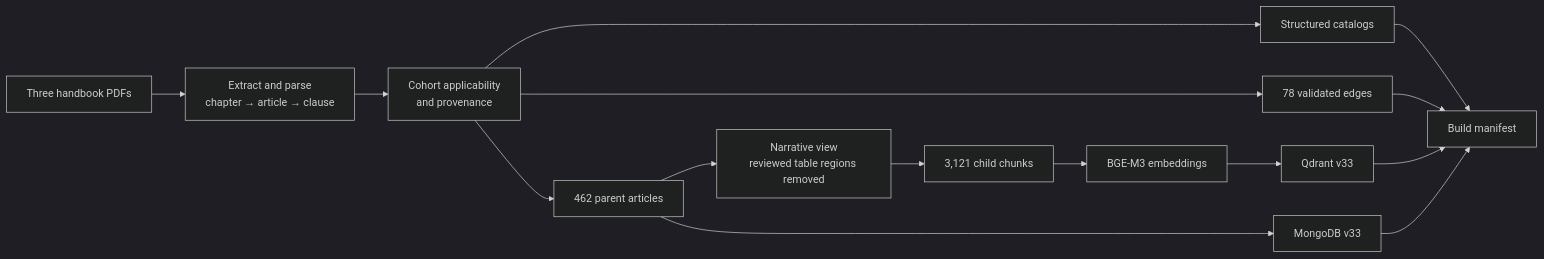
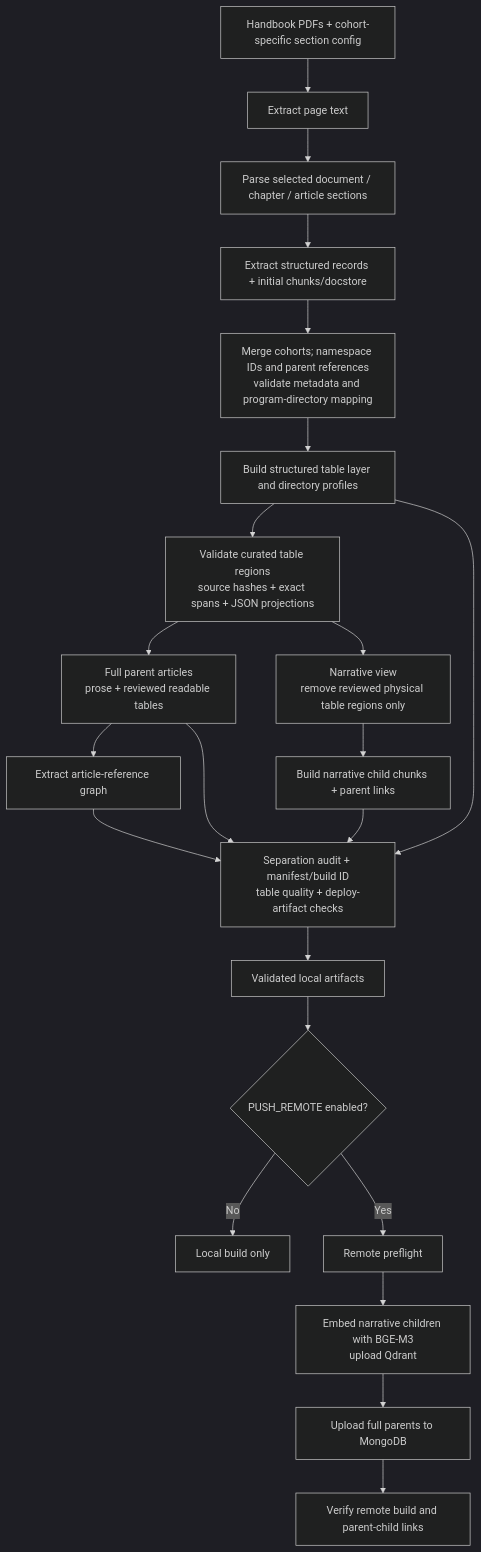
One commit to AnhPhiNe/student-handbook-rag-chatbot changed the third of 3 diagrams in README.md. Above: the diagram before and after it, drawn with Mermaid (dark theme). The commit also changed other lines of this file, not shown here.

````diff
--- a/README.md
+++ b/README.md
@@ -189,17 +204,24 @@
 ```mermaid
-flowchart LR
-    PDFs["Three handbook PDFs"] --> Parse["Extract and parse<br/>chapter → article → clause"]
-    Parse --> Policy["Cohort applicability<br/>and provenance"]
-    Policy --> Tables["Structured catalogs"]
-    Policy --> Parents["462 parent articles"]
-    Policy --> Graph["78 validated edges"]
-    Parents --> Narrative["Narrative view<br/>reviewed table regions removed"]
-    Narrative --> Chunks["3,121 child chunks"]
-    Chunks --> Embed["BGE-M3 embeddings"]
-    Embed --> Qdrant["Qdrant v33"]
-    Parents --> Mongo["MongoDB v33"]
-    Tables --> Manifest["Build manifest"]
-    Graph --> Manifest
-    Qdrant --> Manifest
-    Mongo --> Manifest
+flowchart TD
+    PDF["Handbook PDFs + cohort-specific section config"] --> Pages["Extract page text"]
+    Pages --> Sections["Parse selected document / chapter / article sections"]
+    Sections --> Extract["Extract structured records + initial chunks/docstore"]
+    Extract --> Merge["Merge cohorts; namespace IDs and parent references<br/>validate metadata and program-directory mapping"]
+    Merge --> Catalog["Build structured table layer and directory profiles"]
+    Catalog --> Review["Validate curated table regions<br/>source hashes + exact spans + JSON projections"]
+    Review --> Full["Full parent articles<br/>prose + reviewed readable tables"]
+    Review --> Narrative["Narrative view<br/>remove reviewed physical table regions only"]
+    Narrative --> Child["Build narrative child chunks + parent links"]
+    Full --> Graph["Extract article-reference graph"]
+    Full --> Audit["Separation audit + manifest/build ID<br/>table quality + deploy-artifact checks"]
+    Child --> Audit
+    Catalog --> Audit
+    Graph --> Audit
+    Audit --> Ready["Validated local artifacts"]
+    Ready --> Publish{"PUSH_REMOTE enabled?"}
+    Publish -->|"No"| Local["Local build only"]
+    Publish -->|"Yes"| Preflight["Remote preflight"]
+    Preflight --> Vector["Embed narrative children with BGE-M3<br/>upload Qdrant"]
+    Vector --> ParentUpload["Upload full parents to MongoDB"]
+    ParentUpload --> Verify["Verify remote build and parent-child links"]
 ```
````
